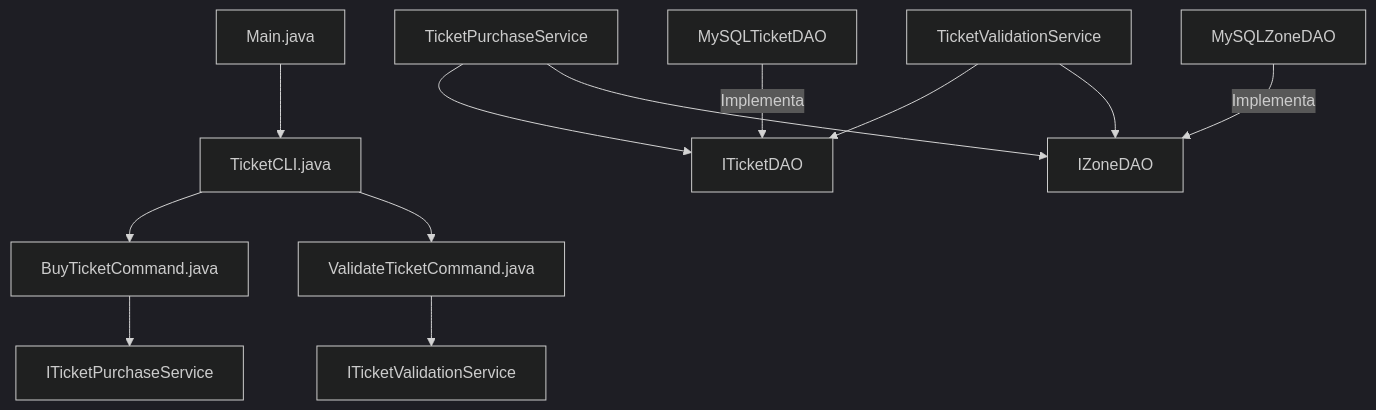
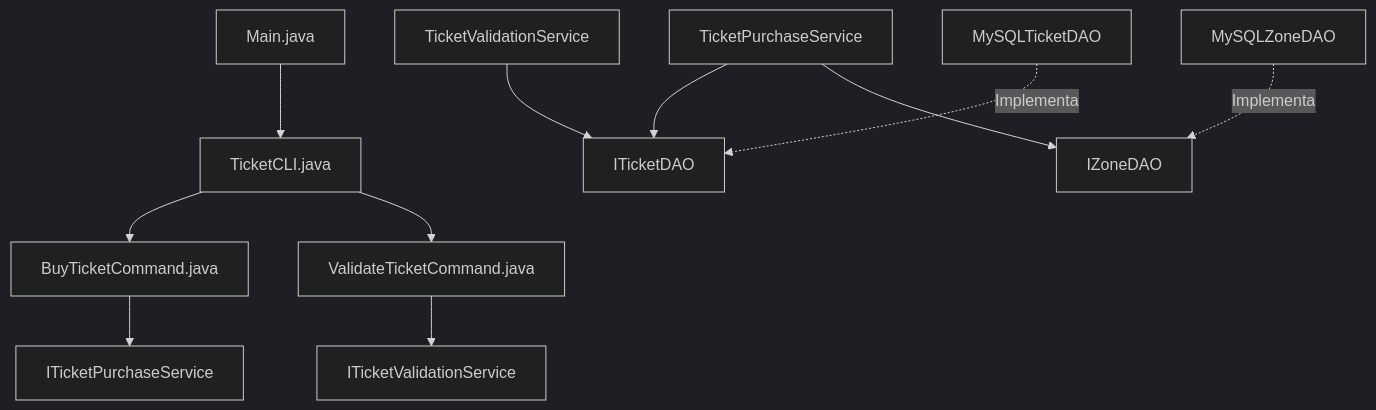
The second of 2 diagrams in 2° Anno/Ingegnieria Software/Guida-Progetto.md (DavideMara/Obsidian_notes), drawn with Mermaid (dark theme) before and after one commit. The commit also changed other lines of this file, not shown here.

````diff
--- a/2° Anno/Ingegnieria Software/Guida-Progetto.md
+++ b/2° Anno/Ingegnieria Software/Guida-Progetto.md
@@ -105,18 +124,17 @@
 ```mermaid
 graph TD
     Main[Main.java] --> TicketCLI[TicketCLI.java]
     TicketCLI --> BuyCommand[BuyTicketCommand.java]
     TicketCLI --> ValidateCommand[ValidateTicketCommand.java]
     
     BuyCommand --> ITicketPurchaseService[ITicketPurchaseService]
     ValidateCommand --> ITicketValidationService[ITicketValidationService]
     
     TicketPurchaseService --> ITicketDAO[ITicketDAO]
     TicketPurchaseService --> IZoneDAO[IZoneDAO]
     
     TicketValidationService --> ITicketDAO[ITicketDAO]
-    TicketValidationService --> IZoneDAO[IZoneDAO]
     
-    MySQLTicketDAO -- Implementa --> ITicketDAO
-    MySQLZoneDAO -- Implementa --> IZoneDAO
+    MySQLTicketDAO -. Implementa .-> ITicketDAO
+    MySQLZoneDAO -. Implementa .-> IZoneDAO
 ```
````
